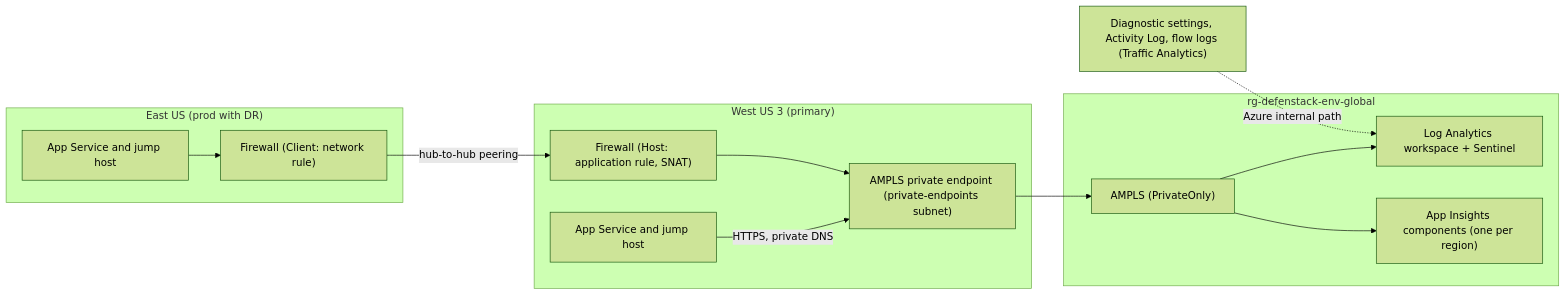
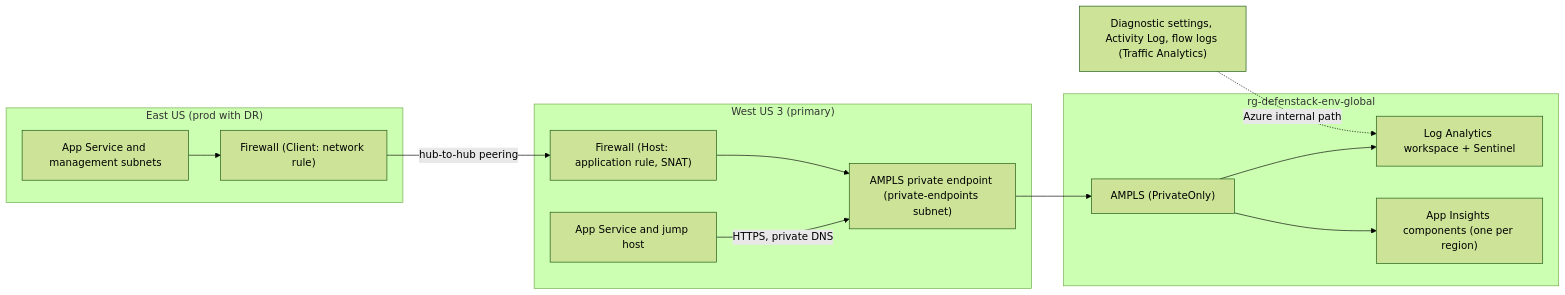
The sixth of 7 diagrams in docs/architecture/overview.md (Godson90/bicep), drawn with Mermaid (forest theme) before and after one commit. The commit also changed other lines of this file and 20 other files, not shown here.

Commit message:
fix: final-review wave — AMPLS isolation via ASG, jump host DCE in AMPLS, flow-log storage firewall, prod plan ALERT_EMAIL gate, doc corrections

````diff
--- a/docs/architecture/overview.md
+++ b/docs/architecture/overview.md
@@ -246,25 +246,25 @@
 ```mermaid
 flowchart LR
     subgraph WUS3["West US 3 (primary)"]
         APP1["App Service and jump host"]
         FW1["Firewall (Host: application rule, SNAT)"]
         PE["AMPLS private endpoint (private-endpoints subnet)"]
     end
     subgraph EUS["East US (prod with DR)"]
-        APP2["App Service and jump host"]
+        APP2["App Service and management subnets"]
         FW2["Firewall (Client: network rule)"]
     end
     subgraph GLOBAL["rg-defenstack-env-global"]
         AMPLS["AMPLS (PrivateOnly)"]
         WS["Log Analytics workspace + Sentinel"]
         AI["App Insights components (one per region)"]
     end
     APP1 -->|"HTTPS, private DNS"| PE
     APP2 --> FW2
     FW2 -->|"hub-to-hub peering"| FW1
     FW1 --> PE
     PE --> AMPLS
     AMPLS --> WS
     AMPLS --> AI
     DIAG["Diagnostic settings, Activity Log, flow logs (Traffic Analytics)"] -.->|"Azure internal path"| WS
 ```
````
